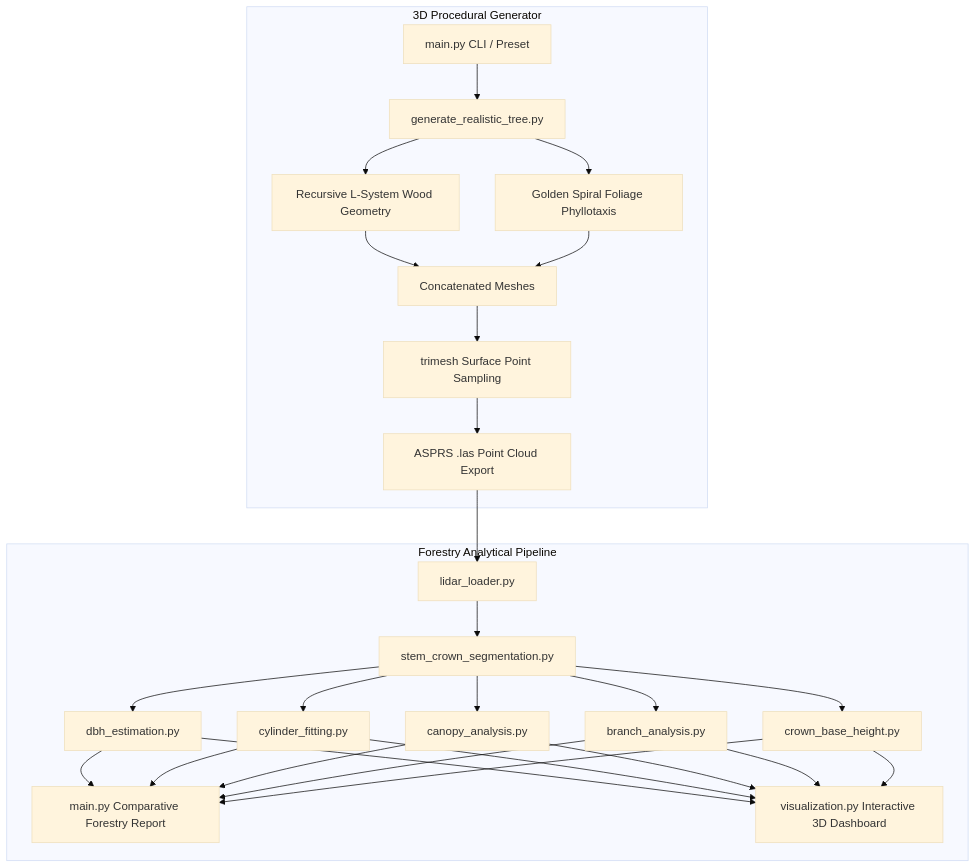
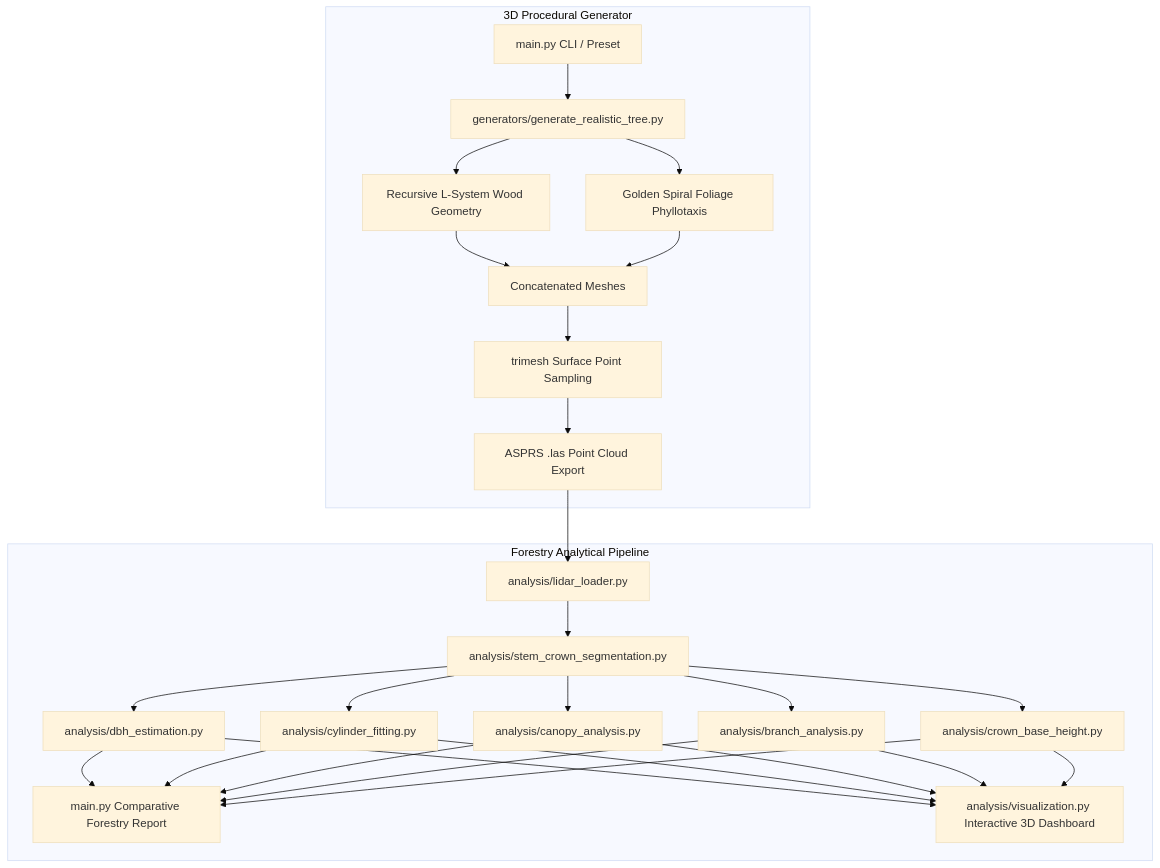
Before and after one commit to Chetan142006/LiDAR-Tree-Pipeline: the diagram in README.md, drawn with Mermaid (base theme). The commit also changed other lines of this file and 13 other files, not shown here.

Commit message:
Refactor: Reorganize codebase into analysis/ and generators/ packages

````diff
--- a/README.md
+++ b/README.md
@@ -33,25 +33,25 @@
 ```mermaid
 flowchart TD
     subgraph Generation [3D Procedural Generator]
-        A[main.py CLI / Preset] --> B[generate_realistic_tree.py]
+        A[main.py CLI / Preset] --> B[generators/generate_realistic_tree.py]
         B --> C[Recursive L-System Wood Geometry]
         B --> D[Golden Spiral Foliage Phyllotaxis]
         C --> E[Concatenated Meshes]
         D --> E
         E --> F[trimesh Surface Point Sampling]
         F --> G[ASPRS .las Point Cloud Export]
     end
 
     subgraph Pipeline [Forestry Analytical Pipeline]
-        G --> H[lidar_loader.py]
-        H --> I[stem_crown_segmentation.py]
-        I --> J1[dbh_estimation.py]
-        I --> J2[cylinder_fitting.py]
-        I --> J3[canopy_analysis.py]
-        I --> J4[branch_analysis.py]
-        I --> J5[crown_base_height.py]
+        G --> H[analysis/lidar_loader.py]
+        H --> I[analysis/stem_crown_segmentation.py]
+        I --> J1[analysis/dbh_estimation.py]
+        I --> J2[analysis/cylinder_fitting.py]
+        I --> J3[analysis/canopy_analysis.py]
+        I --> J4[analysis/branch_analysis.py]
+        I --> J5[analysis/crown_base_height.py]
         
         J1 & J2 & J3 & J4 & J5 --> K[main.py Comparative Forestry Report]
-        J1 & J2 & J3 & J4 & J5 --> L[visualization.py Interactive 3D Dashboard]
+        J1 & J2 & J3 & J4 & J5 --> L[analysis/visualization.py Interactive 3D Dashboard]
     end
 ```
````
